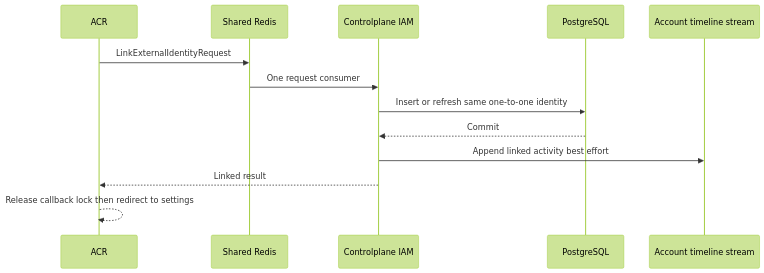
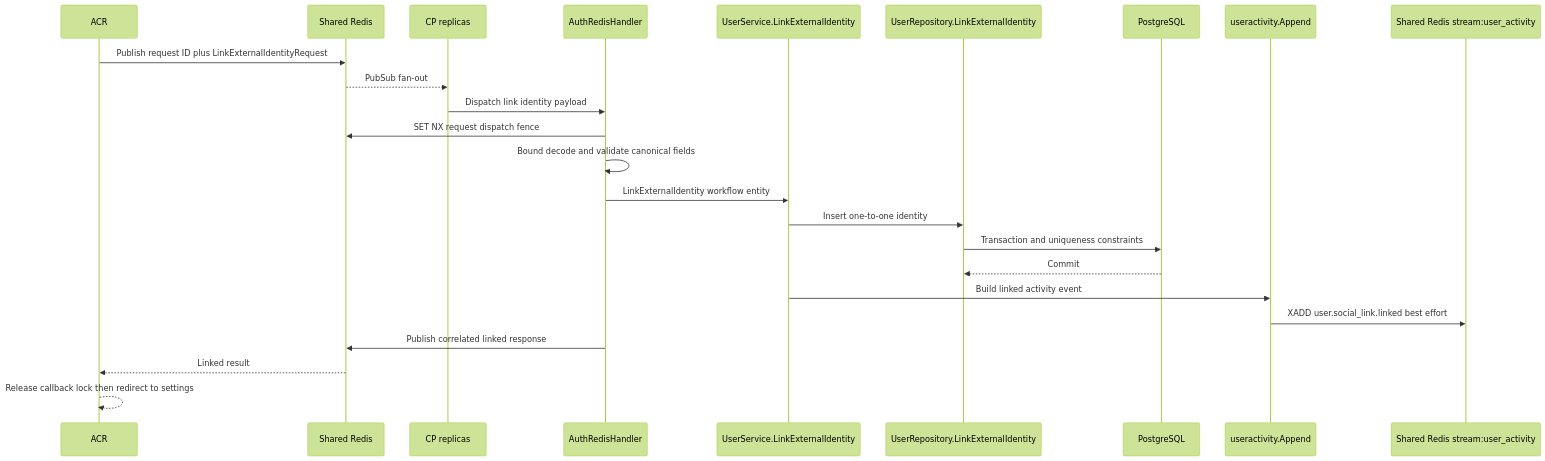
One commit to phucle996/aurora changed the third of 3 diagrams in god_view/iam/user_social_link_god_view_workflow.md. Above: the diagram before and after it, drawn with Mermaid (forest theme). The commit also changed other lines of this file and 165 other files, not shown here.

````diff
--- a/god_view/iam/user_social_link_god_view_workflow.md
+++ b/god_view/iam/user_social_link_god_view_workflow.md
@@ -95,16 +158,27 @@
 ```mermaid
 sequenceDiagram
     participant A as ACR
     participant SR as Shared Redis
-    participant IAM as Controlplane IAM
+    participant CP as CP replicas
+    participant H as AuthRedisHandler
+    participant S as UserService.LinkExternalIdentity
+    participant Repo as UserRepository.LinkExternalIdentity
     participant DB as PostgreSQL
-    participant T as Account timeline stream
+    participant Activity as useractivity.Append
+    participant Stream as Shared Redis stream:user_activity
 
-    A->>SR: LinkExternalIdentityRequest
-    SR->>IAM: One request consumer
-    IAM->>DB: Insert or refresh same one-to-one identity
-    DB-->>IAM: Commit
-    IAM->>T: Append linked activity best effort
-    IAM-->>A: Linked result
+    A->>SR: Publish request ID plus LinkExternalIdentityRequest
+    SR-->>CP: PubSub fan-out
+    CP->>H: Dispatch link identity payload
+    H->>SR: SET NX request dispatch fence
+    H->>H: Bound decode and validate canonical fields
+    H->>S: LinkExternalIdentity workflow entity
+    S->>Repo: Insert one-to-one identity
+    Repo->>DB: Transaction and uniqueness constraints
+    DB-->>Repo: Commit
+    S->>Activity: Build linked activity event
+    Activity->>Stream: XADD user.social_link.linked best effort
+    H->>SR: Publish correlated linked response
+    SR-->>A: Linked result
     A-->>A: Release callback lock then redirect to settings
 ```
````
